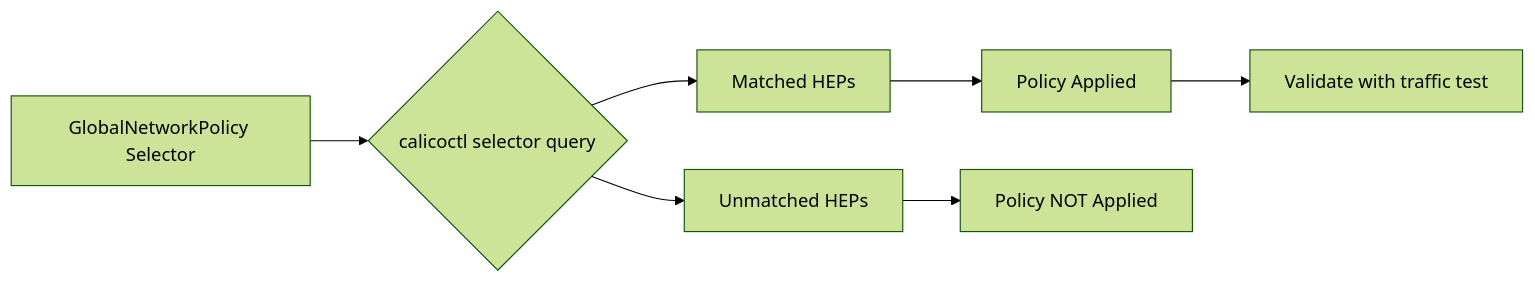
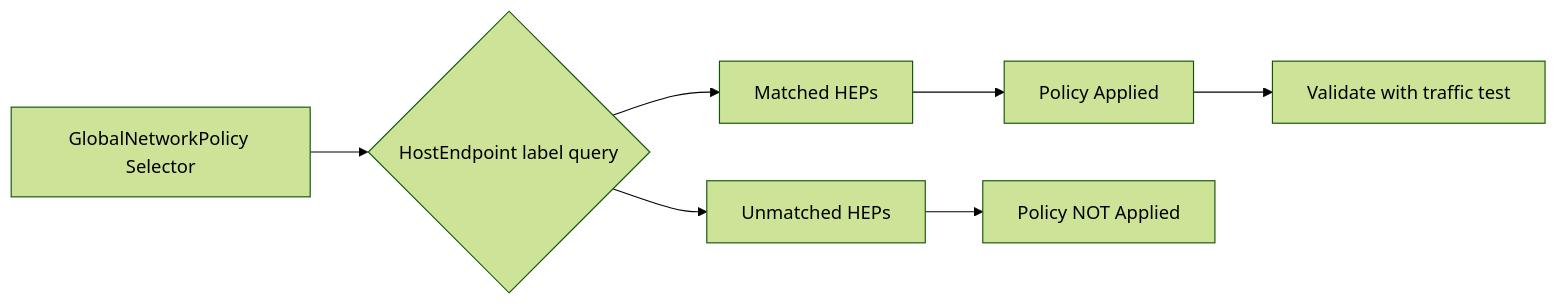
The diagram in posts/2026-03-13-validate-calico-host-endpoint-selectors/README.md (OneUptime/blog), drawn with Mermaid (forest theme) before and after one commit. The commit also changed other lines of this file and 2 other files, not shown here.

Commit message:
validate: 2026-03-13-validate-calico-host-endpoint-selectors

````diff
--- a/posts/2026-03-13-validate-calico-host-endpoint-selectors/README.md
+++ b/posts/2026-03-13-validate-calico-host-endpoint-selectors/README.md
@@ -61,9 +63,9 @@
 ```mermaid
 graph LR
-    A[GlobalNetworkPolicy Selector] --> B{calicoctl selector query}
+    A[GlobalNetworkPolicy Selector] --> B{HostEndpoint label query}
     B --> C[Matched HEPs]
     B --> D[Unmatched HEPs]
     C --> E[Policy Applied]
     D --> F[Policy NOT Applied]
     E --> G[Validate with traffic test]
 ```
````
